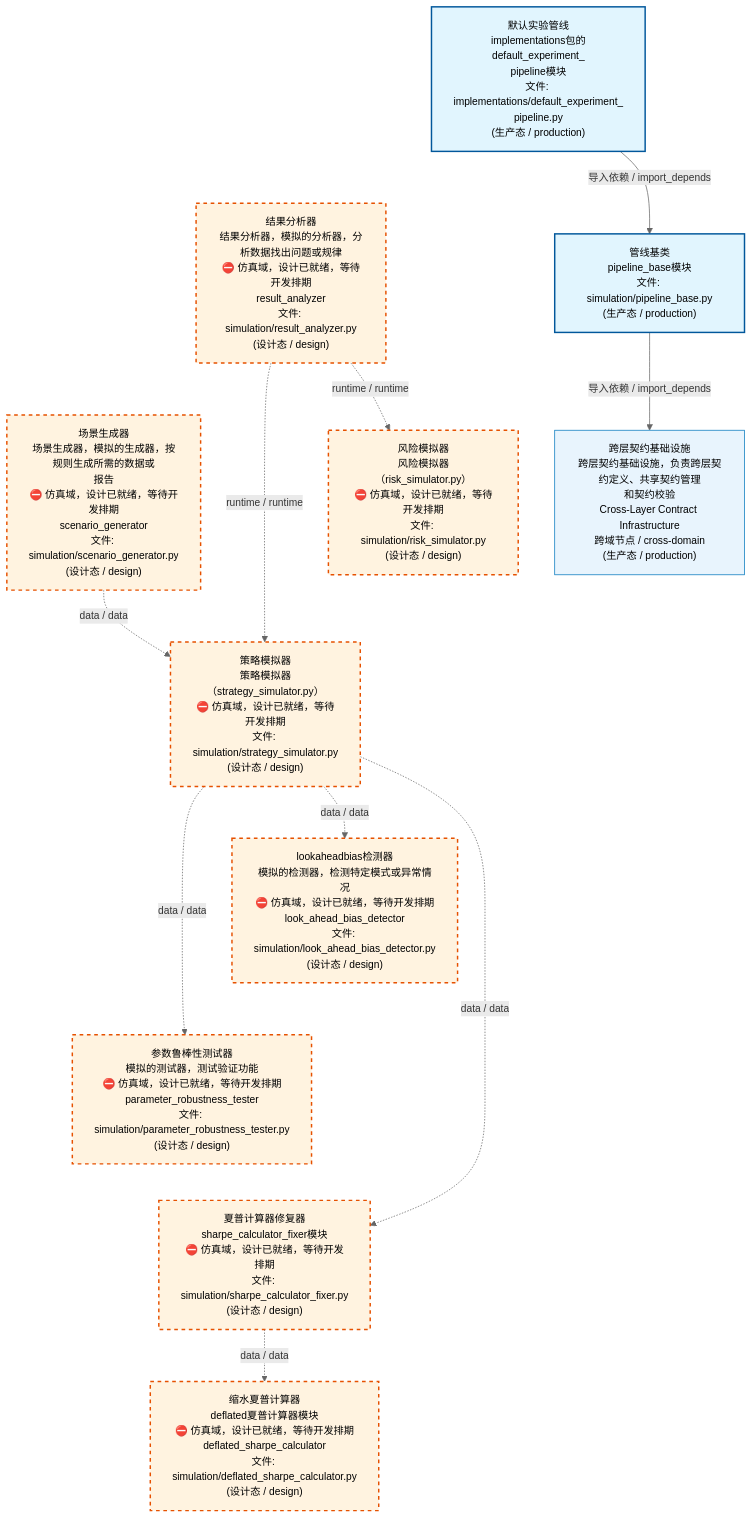
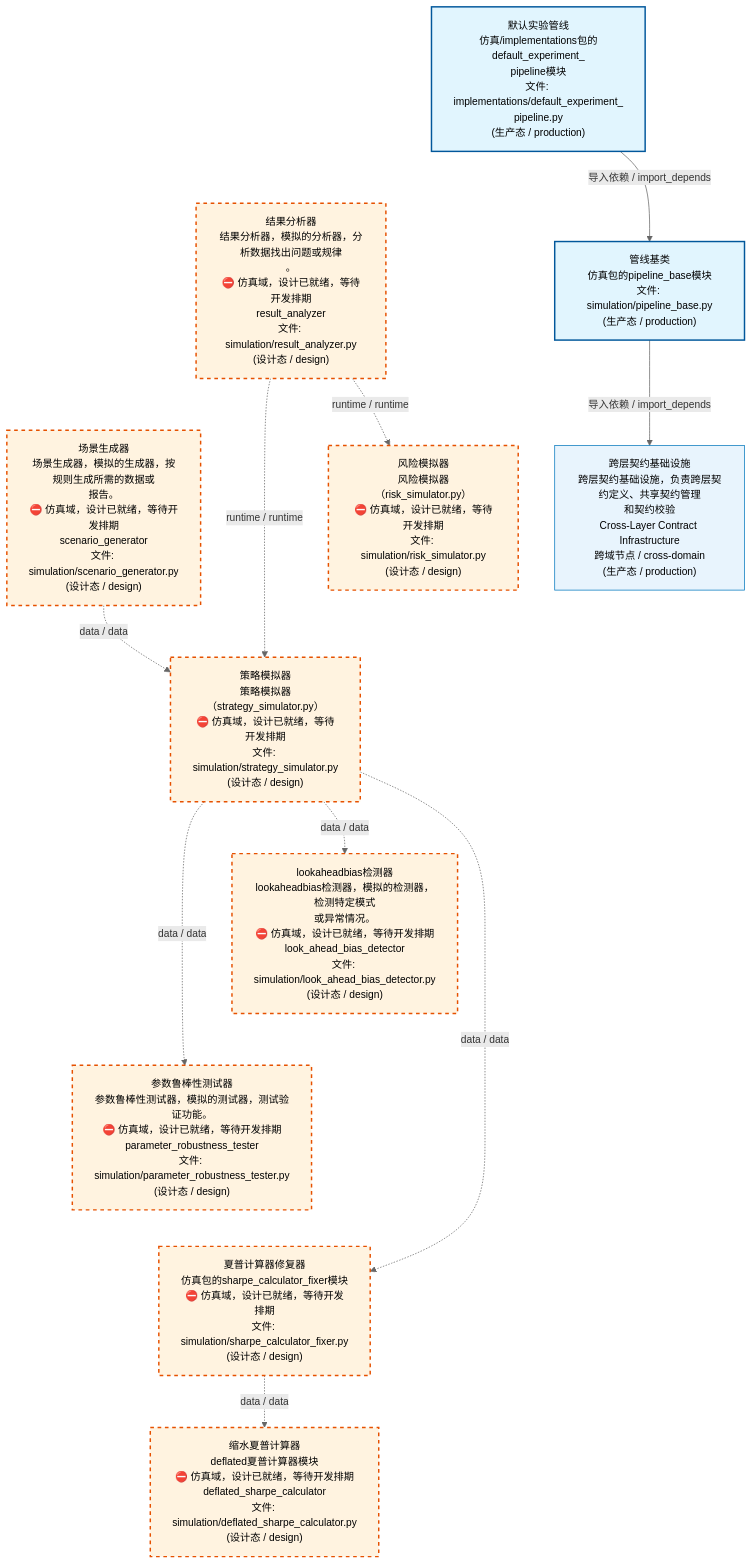
Before and after one commit to xuanFelixVan/ZephyrAlpha: the first of 4 diagrams in docs/02_enterprise_architecture/02_domain_architecture_docs/70_d_simulation.md, drawn with Mermaid. The commit also changed other lines of this file and 58 other files, not shown here.

````diff
--- a/docs/02_enterprise_architecture/02_domain_architecture_docs/70_d_simulation.md
+++ b/docs/02_enterprise_architecture/02_domain_architecture_docs/70_d_simulation.md
@@ -53,37 +53,37 @@
 ```mermaid
 %%{init: {'theme': 'base', 'themeVariables': {'primaryColor': '#eaeaea', 'primaryTextColor': '#333333', 'primaryBorderColor': '#666666', 'lineColor': '#666666', 'secondaryColor': '#eaeaea', 'tertiaryColor': '#eaeaea', 'fontSize': '14px'}}}%%
 flowchart TD
-    src_zephyr_simulation_implementations_default_experiment_pipeline_py["默认实验管线<br/>implementations包的default_experiment_<br/>pipeline模块<br/>文件: implementations/default_experiment_<br/>pipeline.py<br/>(生产态 / production)"]
-    src_zephyr_simulation_result_analyzer_py["结果分析器<br/>结果分析器，模拟的分析器，分析数据找出问题或规律<br/>⛔ 仿真域，设计已就绪，等待开发排期<br/>result_analyzer<br/>文件: simulation/result_analyzer.py<br/>(设计态 / design)"]
-    src_zephyr_simulation_scenario_generator_py["场景生成器<br/>场景生成器，模拟的生成器，按规则生成所需的数据或<br/>报告<br/>⛔ 仿真域，设计已就绪，等待开发排期<br/>scenario_generator<br/>文件: simulation/scenario_generator.py<br/>(设计态 / design)"]
+    src_zephyr_simulation_implementations_default_experiment_pipeline_py["默认实验管线<br/>仿真/implementations包的default_experiment_<br/>pipeline模块<br/>文件: implementations/default_experiment_<br/>pipeline.py<br/>(生产态 / production)"]
+    src_zephyr_simulation_result_analyzer_py["结果分析器<br/>结果分析器，模拟的分析器，分析数据找出问题或规律<br/>。<br/>⛔ 仿真域，设计已就绪，等待开发排期<br/>result_analyzer<br/>文件: simulation/result_analyzer.py<br/>(设计态 / design)"]
+    src_zephyr_simulation_scenario_generator_py["场景生成器<br/>场景生成器，模拟的生成器，按规则生成所需的数据或<br/>报告。<br/>⛔ 仿真域，设计已就绪，等待开发排期<br/>scenario_generator<br/>文件: simulation/scenario_generator.py<br/>(设计态 / design)"]
     src_zephyr_simulation_implementations_default_experiment_pipeline_py ~~~ src_zephyr_simulation_result_analyzer_py
     src_zephyr_simulation_result_analyzer_py ~~~ src_zephyr_simulation_scenario_generator_py
-    src_zephyr_simulation_pipeline_base_py["管线基类<br/>pipeline_base模块<br/>文件: simulation/pipeline_base.py<br/>(生产态 / production)"]
+    src_zephyr_simulation_pipeline_base_py["管线基类<br/>仿真包的pipeline_base模块<br/>文件: simulation/pipeline_base.py<br/>(生产态 / production)"]
     src_zephyr_simulation_risk_simulator_py["风险模拟器<br/>风险模拟器（risk_simulator.py）<br/>⛔ 仿真域，设计已就绪，等待开发排期<br/>文件: simulation/risk_simulator.py<br/>(设计态 / design)"]
     src_zephyr_simulation_strategy_simulator_py["策略模拟器<br/>策略模拟器（strategy_simulator.py）<br/>⛔ 仿真域，设计已就绪，等待开发排期<br/>文件: simulation/strategy_simulator.py<br/>(设计态 / design)"]
     src_zephyr_simulation_pipeline_base_py ~~~ src_zephyr_simulation_risk_simulator_py
     src_zephyr_simulation_risk_simulator_py ~~~ src_zephyr_simulation_strategy_simulator_py
-    src_zephyr_simulation_look_ahead_bias_detector_py["lookaheadbias检测器<br/>模拟的检测器，检测特定模式或异常情况<br/>⛔ 仿真域，设计已就绪，等待开发排期<br/>look_ahead_bias_detector<br/>文件: simulation/look_ahead_bias_detector.py<br/>(设计态 / design)"]
-    src_zephyr_simulation_parameter_robustness_tester_py["参数鲁棒性测试器<br/>模拟的测试器，测试验证功能<br/>⛔ 仿真域，设计已就绪，等待开发排期<br/>parameter_robustness_tester<br/>文件: simulation/parameter_robustness_tester.py<br/>(设计态 / design)"]
-    src_zephyr_simulation_sharpe_calculator_fixer_py["夏普计算器修复器<br/>sharpe_calculator_fixer模块<br/>⛔ 仿真域，设计已就绪，等待开发排期<br/>文件: simulation/sharpe_calculator_fixer.py<br/>(设计态 / design)"]
+    src_zephyr_simulation_look_ahead_bias_detector_py["lookaheadbias检测器<br/>lookaheadbias检测器，模拟的检测器，检测特定模式<br/>或异常情况。<br/>⛔ 仿真域，设计已就绪，等待开发排期<br/>look_ahead_bias_detector<br/>文件: simulation/look_ahead_bias_detector.py<br/>(设计态 / design)"]
+    src_zephyr_simulation_parameter_robustness_tester_py["参数鲁棒性测试器<br/>参数鲁棒性测试器，模拟的测试器，测试验证功能。<br/>⛔ 仿真域，设计已就绪，等待开发排期<br/>parameter_robustness_tester<br/>文件: simulation/parameter_robustness_tester.py<br/>(设计态 / design)"]
+    src_zephyr_simulation_sharpe_calculator_fixer_py["夏普计算器修复器<br/>仿真包的sharpe_calculator_fixer模块<br/>⛔ 仿真域，设计已就绪，等待开发排期<br/>文件: simulation/sharpe_calculator_fixer.py<br/>(设计态 / design)"]
     src_zephyr_simulation_look_ahead_bias_detector_py ~~~ src_zephyr_simulation_parameter_robustness_tester_py
     src_zephyr_simulation_parameter_robustness_tester_py ~~~ src_zephyr_simulation_sharpe_calculator_fixer_py
     src_zephyr_simulation_deflated_sharpe_calculator_py["缩水夏普计算器<br/>deflated夏普计算器模块<br/>⛔ 仿真域，设计已就绪，等待开发排期<br/>deflated_sharpe_calculator<br/>文件: simulation/deflated_sharpe_calculator.py<br/>(设计态 / design)"]
     src_zephyr_simulation_strategy_simulator_py -.->|data / data| src_zephyr_simulation_parameter_robustness_tester_py
     src_zephyr_simulation_strategy_simulator_py -.->|data / data| src_zephyr_simulation_look_ahead_bias_detector_py
     src_zephyr_simulation_strategy_simulator_py -.->|data / data| src_zephyr_simulation_sharpe_calculator_fixer_py
     src_zephyr_simulation_scenario_generator_py -.->|data / data| src_zephyr_simulation_strategy_simulator_py
     src_zephyr_simulation_result_analyzer_py -.->|runtime / runtime| src_zephyr_simulation_strategy_simulator_py
     src_zephyr_simulation_result_analyzer_py -.->|runtime / runtime| src_zephyr_simulation_risk_simulator_py
     src_zephyr_simulation_sharpe_calculator_fixer_py -.->|data / data| src_zephyr_simulation_deflated_sharpe_calculator_py
     src_zephyr_simulation_implementations_default_experiment_pipeline_py -->|导入依赖 / import_depends| src_zephyr_simulation_pipeline_base_py
     D_INFRASTRUCTURE["跨层契约基础设施<br/>跨层契约基础设施，负责跨层契约定义、共享契约管理<br/>和契约校验<br/>Cross-Layer Contract Infrastructure<br/>跨域节点 / cross-domain<br/>(生产态 / production)"]
     src_zephyr_simulation_pipeline_base_py -->|导入依赖 / import_depends| D_INFRASTRUCTURE
     classDef production fill:#e1f5fe,stroke:#01579b,stroke-width:2px,color:#000
     classDef design fill:#fff3e0,stroke:#e65100,stroke-width:2px,color:#000,stroke-dasharray: 5 5
     classDef external_prod fill:#e8f4fd,stroke:#0277bd,stroke-width:1px,color:#000
     classDef external_design fill:#fff8e7,stroke:#ef6c00,stroke-width:1px,color:#000,stroke-dasharray: 5 5
     class src_zephyr_simulation_implementations_default_experiment_pipeline_py,src_zephyr_simulation_pipeline_base_py production
     class src_zephyr_simulation_deflated_sharpe_calculator_py,src_zephyr_simulation_look_ahead_bias_detector_py,src_zephyr_simulation_parameter_robustness_tester_py,src_zephyr_simulation_result_analyzer_py,src_zephyr_simulation_risk_simulator_py,src_zephyr_simulation_scenario_generator_py,src_zephyr_simulation_sharpe_calculator_fixer_py,src_zephyr_simulation_strategy_simulator_py design
     class D_INFRASTRUCTURE external_prod
 ```
````
